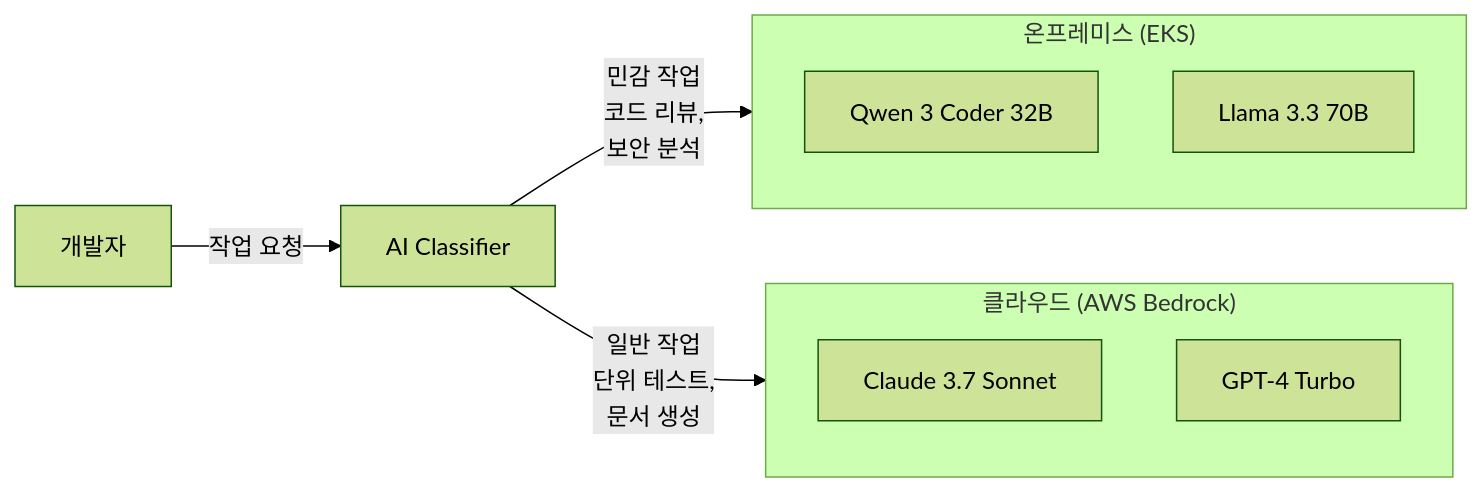
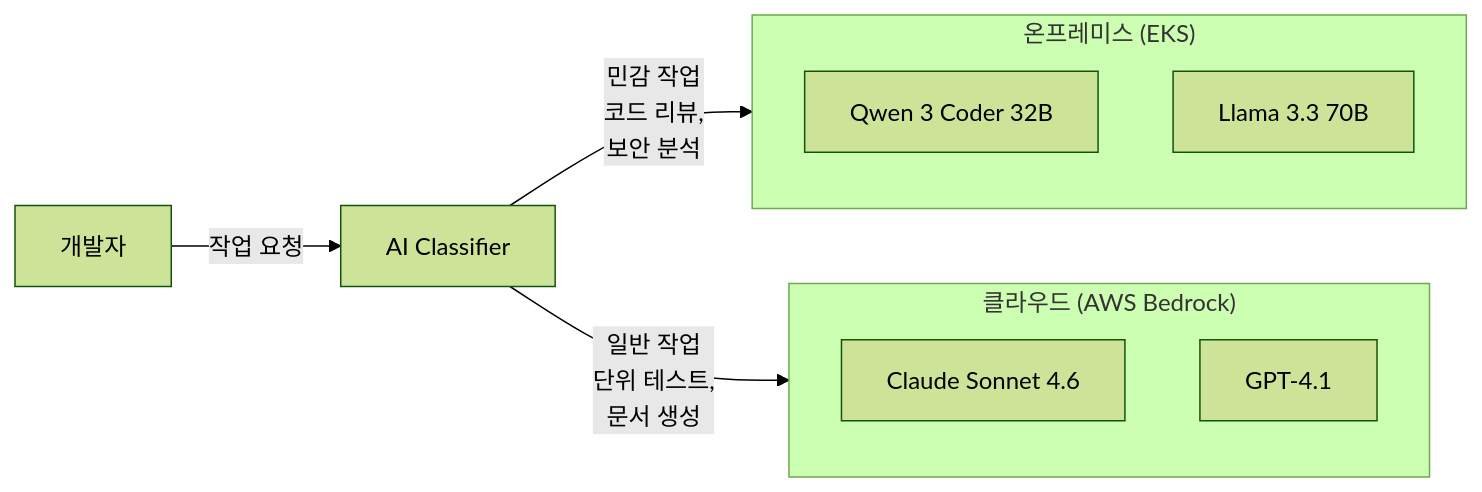
The second of 2 diagrams in i18n/ko/docusaurus-plugin-content-docs/current/aidlc/enterprise/governance-framework.md (devfloor9/engineering-playbook), drawn with Mermaid (forest theme) before and after one commit. The commit also changed other lines of this file and 7 other files, not shown here.

````diff
--- a/i18n/ko/docusaurus-plugin-content-docs/current/aidlc/enterprise/governance-framework.md
+++ b/i18n/ko/docusaurus-plugin-content-docs/current/aidlc/enterprise/governance-framework.md
@@ -358,19 +360,19 @@
 ```mermaid
 graph LR
     DEV[개발자]
     CLS[AI Classifier]
 
     subgraph CLOUD["클라우드 (AWS Bedrock)"]
-        CLAUDE[Claude 3.7 Sonnet]
-        GPT[GPT-4 Turbo]
+        CLAUDE[Claude Sonnet 4.6]
+        GPT[GPT-4.1]
     end
 
     subgraph ONPREM["온프레미스 (EKS)"]
         QWEN[Qwen 3 Coder 32B]
         LLAMA[Llama 3.3 70B]
     end
 
     DEV -->|작업 요청| CLS
     CLS -->|민감 작업<br/>코드 리뷰,<br/>보안 분석| ONPREM
     CLS -->|일반 작업<br/>단위 테스트,<br/>문서 생성| CLOUD
 ```
````
